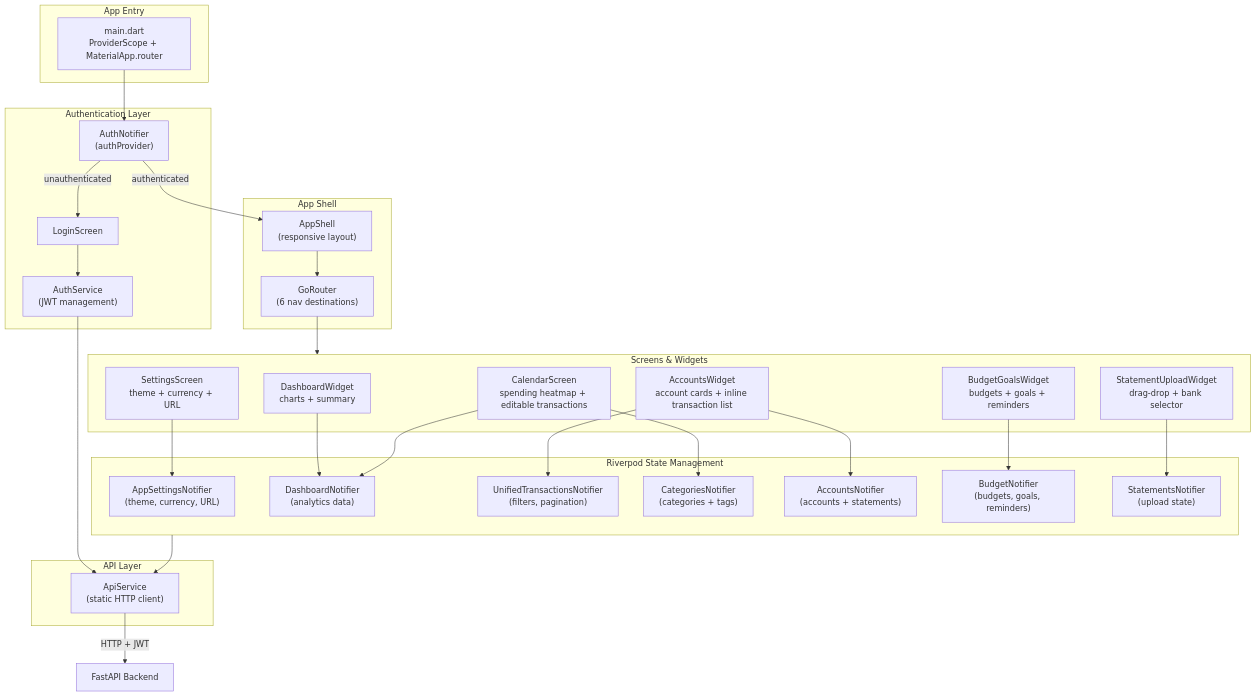
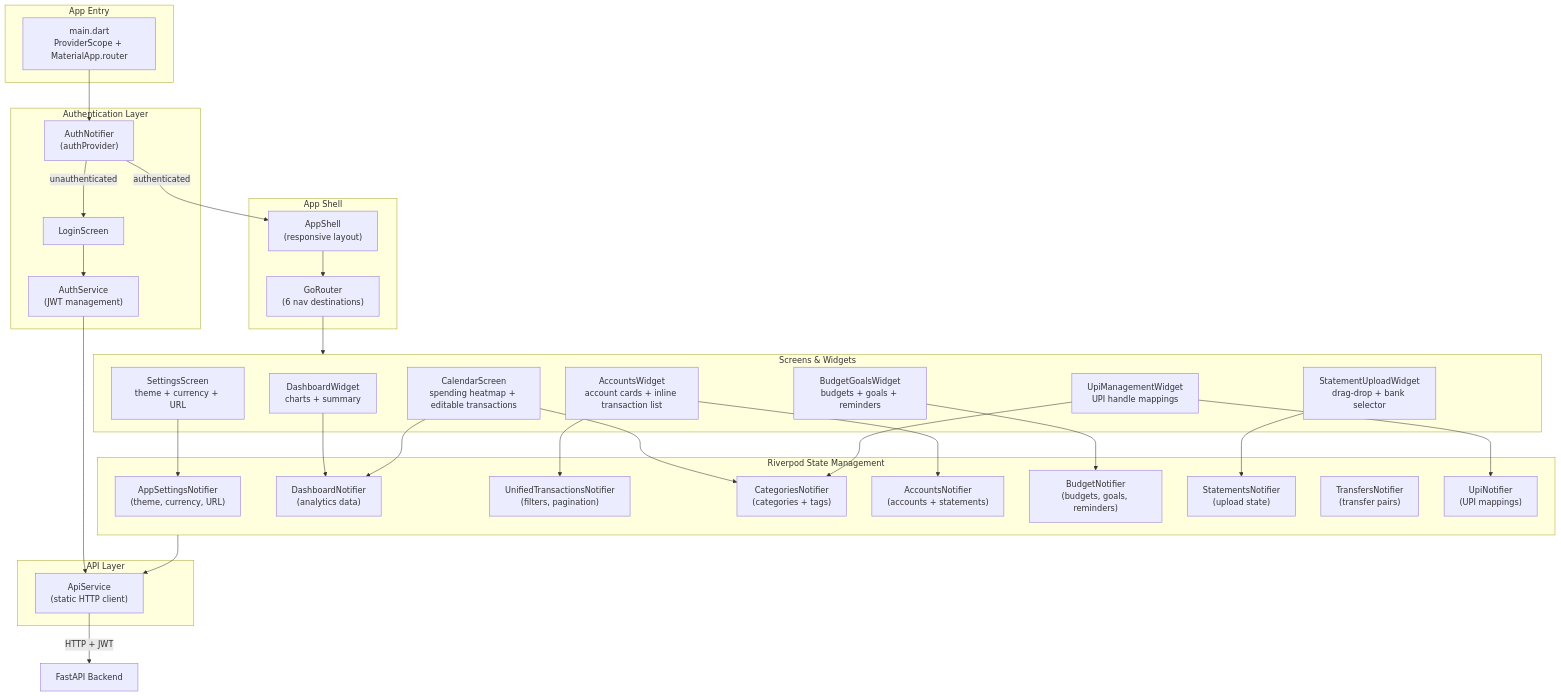
The seventh of 10 diagrams in docs/ARCHITECTURE.md (ghiridhars/finance-tracker-personal), drawn with Mermaid before and after one commit. The commit also changed other lines of this file and 4 other files, not shown here.

Commit message:
docs: add comprehensive user flow, API reference, overview, and architecture documentation, and update README/ROADMAP.

````diff
--- a/docs/ARCHITECTURE.md
+++ b/docs/ARCHITECTURE.md
@@ -360,61 +381,66 @@
 ```mermaid
 graph TB
     subgraph EntryPoint["App Entry"]
         Main["main.dart<br/>ProviderScope + MaterialApp.router"]
     end
 
     subgraph Auth["Authentication Layer"]
         AuthProv["AuthNotifier<br/>(authProvider)"]
         LoginScr["LoginScreen"]
         AuthSvc["AuthService<br/>(JWT management)"]
     end
 
     subgraph Shell["App Shell"]
         AppShell["AppShell<br/>(responsive layout)"]
         GoRouter["GoRouter<br/>(6 nav destinations)"]
     end
 
     subgraph Screens["Screens & Widgets"]
         Dashboard["DashboardWidget<br/>charts + summary"]
         Upload["StatementUploadWidget<br/>drag-drop + bank selector"]
         Calendar["CalendarScreen<br/>spending heatmap + editable transactions"]
         Accounts["AccountsWidget<br/>account cards + inline transaction list"]
         Budget["BudgetGoalsWidget<br/>budgets + goals + reminders"]
+        UpiMgmt["UpiManagementWidget<br/>UPI handle mappings"]
         Settings["SettingsScreen<br/>theme + currency + URL"]
     end
 
     subgraph Providers["Riverpod State Management"]
         AppSettings["AppSettingsNotifier<br/>(theme, currency, URL)"]
         DashProv["DashboardNotifier<br/>(analytics data)"]
         TxnProv["UnifiedTransactionsNotifier<br/>(filters, pagination)"]
         CatProv["CategoriesNotifier<br/>(categories + tags)"]
         AccProv["AccountsNotifier<br/>(accounts + statements)"]
         BudProv["BudgetNotifier<br/>(budgets, goals, reminders)"]
         StmtProv["StatementsNotifier<br/>(upload state)"]
+        XferProv["TransfersNotifier<br/>(transfer pairs)"]
+        UpiProv["UpiNotifier<br/>(UPI mappings)"]
     end
 
     subgraph API["API Layer"]
         ApiService["ApiService<br/>(static HTTP client)"]
     end
 
     Main --> AuthProv
     AuthProv -->|authenticated| AppShell
     AuthProv -->|unauthenticated| LoginScr
     LoginScr --> AuthSvc
     AuthSvc --> ApiService
 
     AppShell --> GoRouter
     GoRouter --> Screens
 
     Dashboard --> DashProv
     Upload --> StmtProv
     Calendar --> DashProv
     Calendar --> CatProv
     Accounts --> AccProv
     Accounts --> TxnProv
     Budget --> BudProv
+    UpiMgmt --> UpiProv
+    UpiMgmt --> CatProv
     Settings --> AppSettings
 
     Providers --> ApiService
     ApiService -- "HTTP + JWT" --> Backend["FastAPI Backend"]
 ```
````
